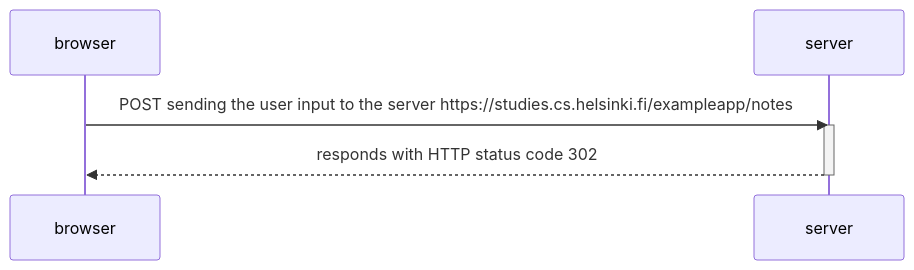
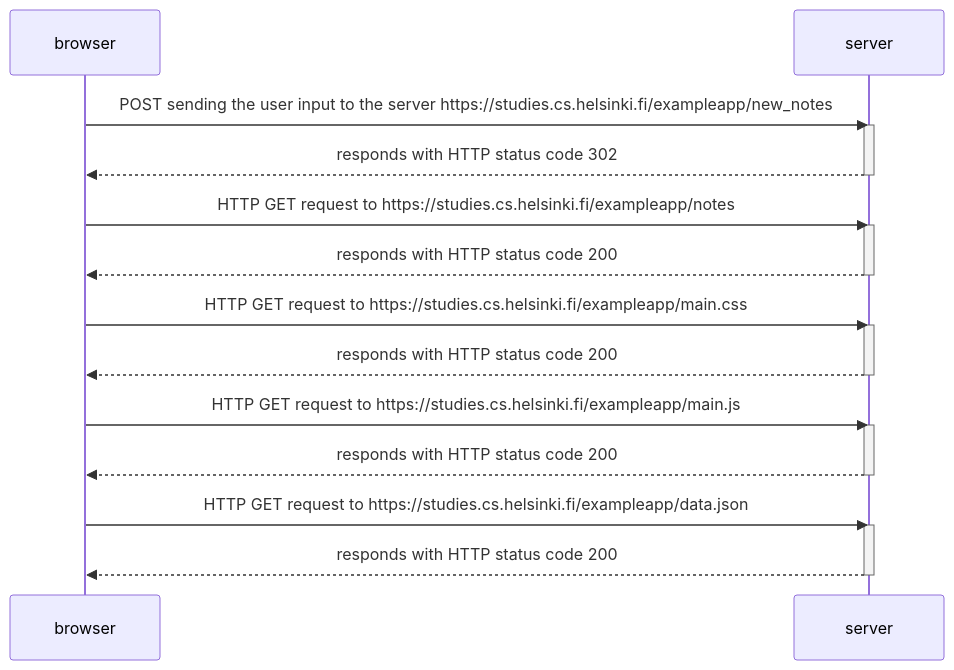
Before and after one commit to EruVangeance/HelsinkiUniCourse: the diagram in part0/0.4NewNoteDiagram.md, drawn with Mermaid.

Commit message:
exercise

````diff
--- a/part0/0.4NewNoteDiagram.md
+++ b/part0/0.4NewNoteDiagram.md
@@ -1,10 +1,26 @@
 ```mermaid
 sequenceDiagram
     participant browser
     participant server
 
-    browser->>server: POST sending the user input to the server https://studies.cs.helsinki.fi/exampleapp/notes
+    browser->>server: POST sending the user input to the server https://studies.cs.helsinki.fi/exampleapp/new_notes
     activate server
     server-->>browser: responds with HTTP status code 302
     deactivate server
+    browser->>server: HTTP GET request to https://studies.cs.helsinki.fi/exampleapp/notes
+    activate server
+    server-->>browser: responds with HTTP status code 200
+    deactivate server
+    browser->>server: HTTP GET request to https://studies.cs.helsinki.fi/exampleapp/main.css
+    activate server
+    server-->>browser: responds with HTTP status code 200
+    deactivate server
+    browser->>server: HTTP GET request to https://studies.cs.helsinki.fi/exampleapp/main.js
+    activate server
+    server-->>browser: responds with HTTP status code 200
+    deactivate server
+    browser->>server: HTTP GET request to https://studies.cs.helsinki.fi/exampleapp/data.json
+    activate server
+    server-->>browser: responds with HTTP status code 200
+    deactivate server
 ```
````
